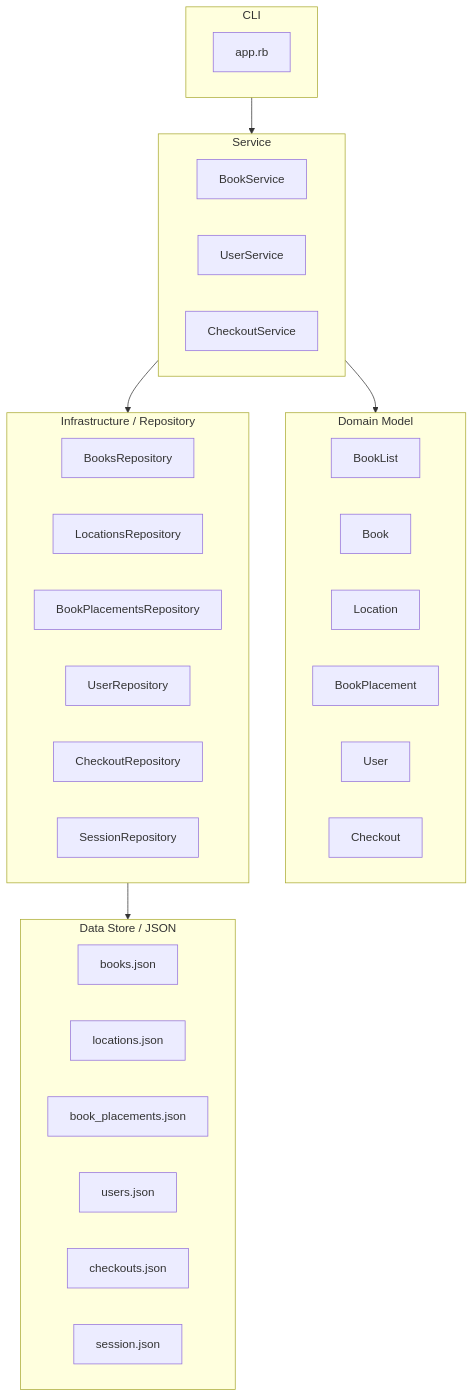
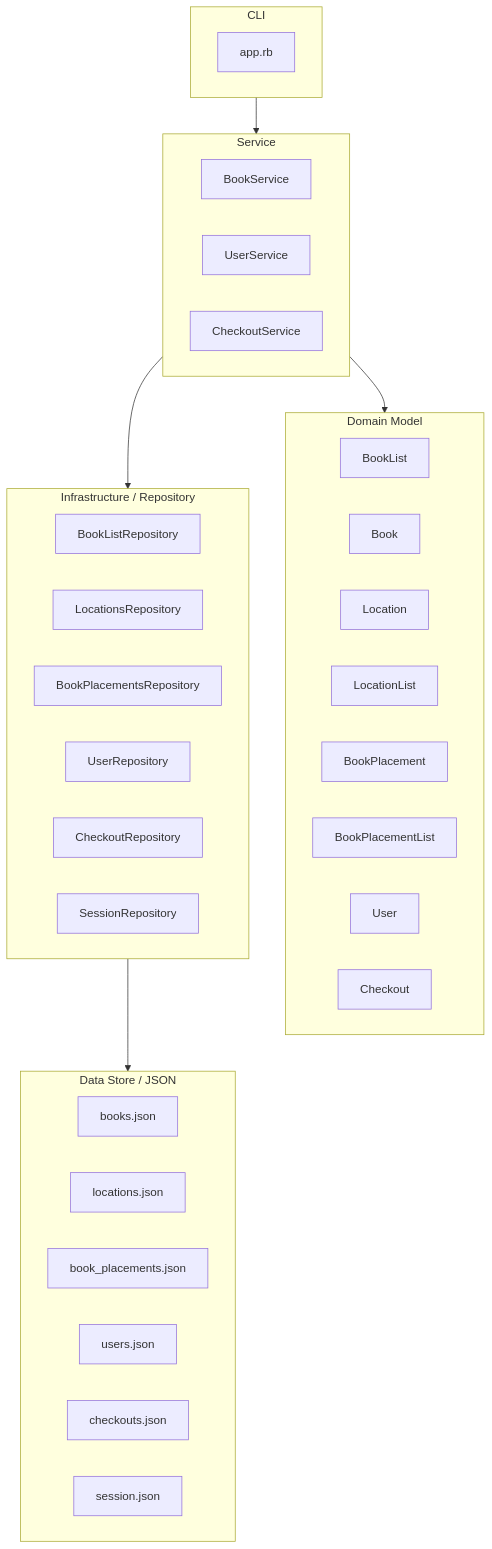
The first of 2 diagrams in docs/domain-design.md (wairo8714/tech-library), drawn with Mermaid before and after one commit. The commit also changed other lines of this file and 16 other files, not shown here.

````diff
--- a/docs/domain-design.md
+++ b/docs/domain-design.md
@@ -19,44 +19,46 @@
 ```mermaid
 flowchart TD
     subgraph Presentation["CLI"]
         CLI["app.rb"]
     end
 
     subgraph Application["Service"]
         BookService["BookService"]
         UserService["UserService"]
         CheckoutService["CheckoutService"]
     end
 
     subgraph Domain["Domain Model"]
         BookList["BookList"]
         Book["Book"]
         Location["Location"]
+        LocationList["LocationList"]
         BookPlacement["BookPlacement"]
+        BookPlacementList["BookPlacementList"]
         User["User"]
         Checkout["Checkout"]
     end
 
     subgraph Infrastructure["Infrastructure / Repository"]
-        BooksRepository["BooksRepository"]
+        BookListRepository["BookListRepository"]
         LocationsRepository["LocationsRepository"]
         BookPlacementsRepository["BookPlacementsRepository"]
         UserRepository["UserRepository"]
         CheckoutRepository["CheckoutRepository"]
         SessionRepository["SessionRepository"]
     end
 
     subgraph DataStore["Data Store / JSON"]
         BooksJson["books.json"]
         LocationsJson["locations.json"]
         BookPlacementsJson["book_placements.json"]
         UsersJson["users.json"]
         CheckoutsJson["checkouts.json"]
         SessionJson["session.json"]
     end
 
     Presentation --> Application
     Application --> Domain
     Application --> Infrastructure
     Infrastructure --> DataStore
 ```
````
